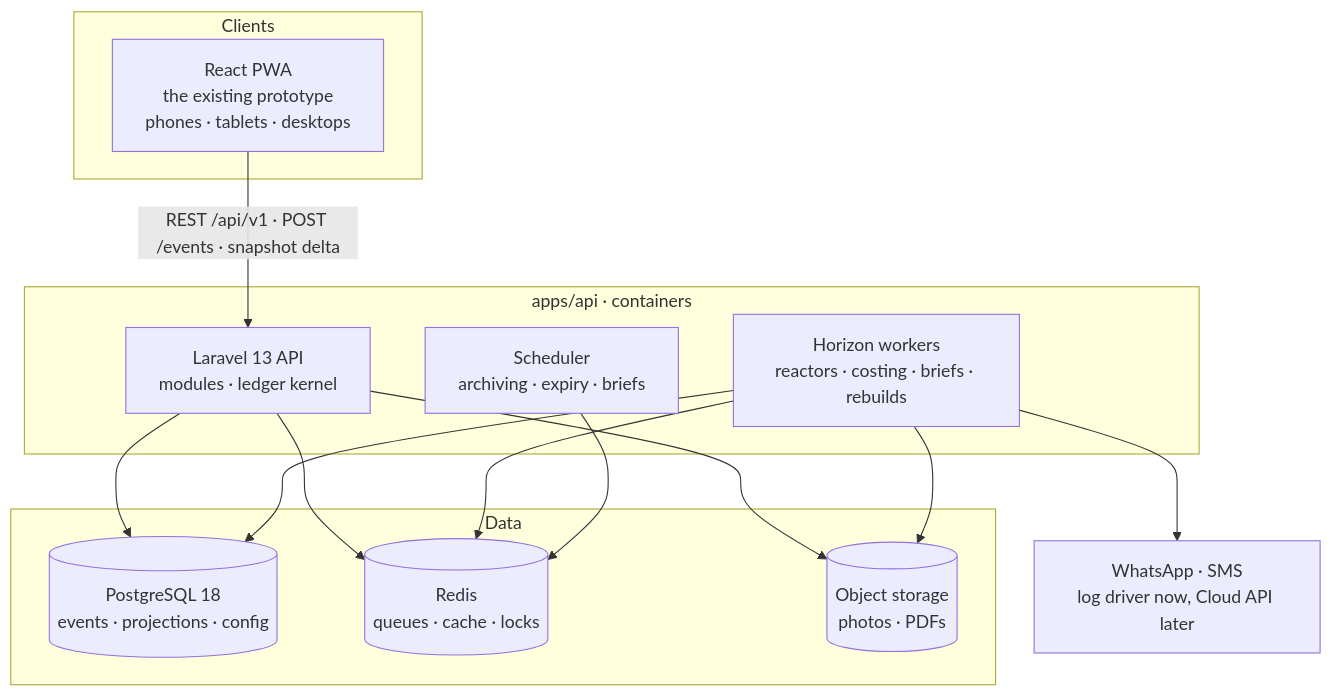
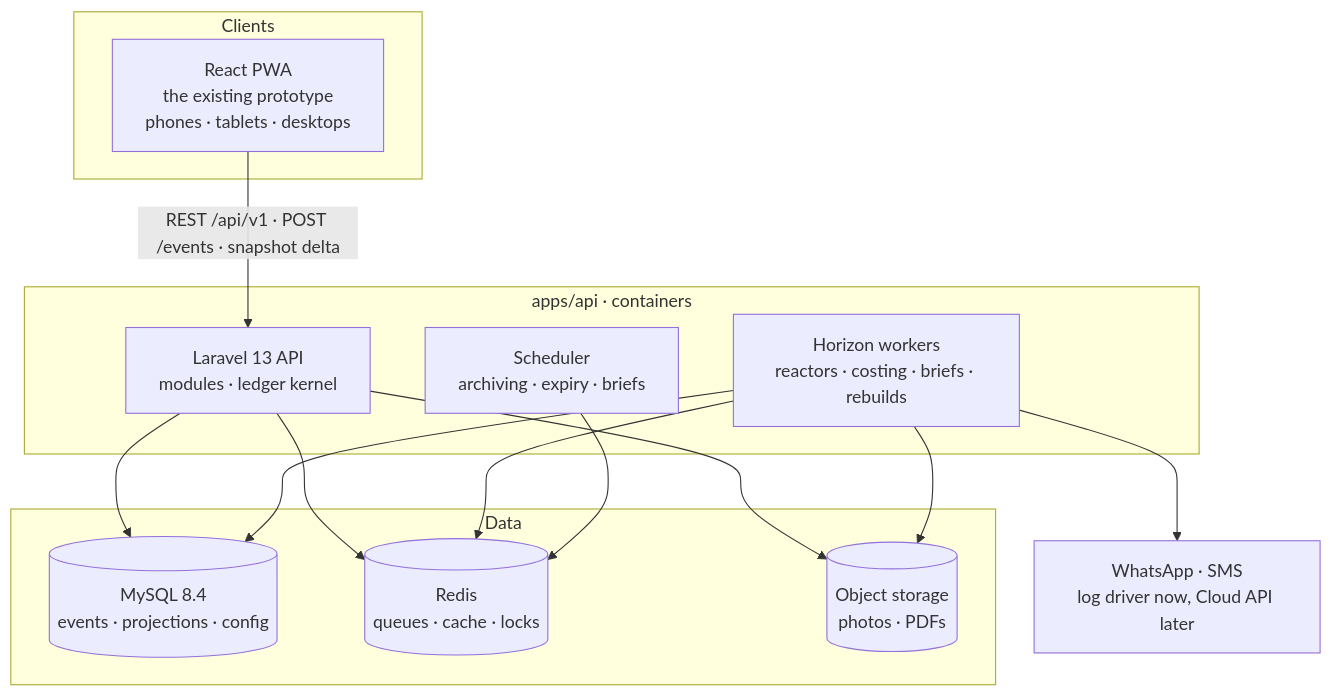
The first of 3 diagrams in docs/architecture/BACKEND_ARCHITECTURE.md (vivacom-bd/tanaad-erp), drawn with Mermaid before and after one commit. The commit also changed other lines of this file and 18 other files, not shown here.

First line of the commit message:
Switch the database from PostgreSQL to MySQL 8.4

````diff
--- a/docs/architecture/BACKEND_ARCHITECTURE.md
+++ b/docs/architecture/BACKEND_ARCHITECTURE.md
@@ -36,21 +36,21 @@
 ```mermaid
 flowchart TB
   subgraph Clients
     WEB[React PWA<br/>the existing prototype<br/>phones · tablets · desktops]
   end
   subgraph Server["apps/api · containers"]
     API[Laravel 13 API<br/>modules · ledger kernel]
     HZ[Horizon workers<br/>reactors · costing · briefs · rebuilds]
     SCH[Scheduler<br/>archiving · expiry · briefs]
   end
   subgraph Data
-    PG[(PostgreSQL 18<br/>events · projections · config)]
+    DB[(MySQL 8.4<br/>events · projections · config)]
     RD[(Redis<br/>queues · cache · locks)]
     OBJ[(Object storage<br/>photos · PDFs)]
   end
   EXT[WhatsApp · SMS<br/>log driver now, Cloud API later]
   WEB -- "REST /api/v1 · POST /events · snapshot delta" --> API
-  API --> PG & RD & OBJ
-  HZ --> PG & RD & OBJ & EXT
+  API --> DB & RD & OBJ
+  HZ --> DB & RD & OBJ & EXT
   SCH --> RD
 ```
````
